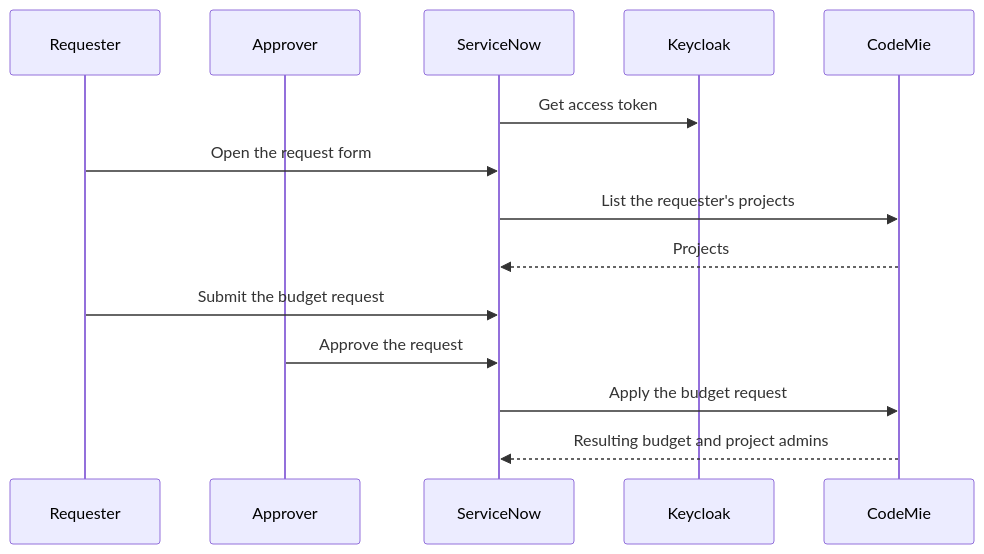
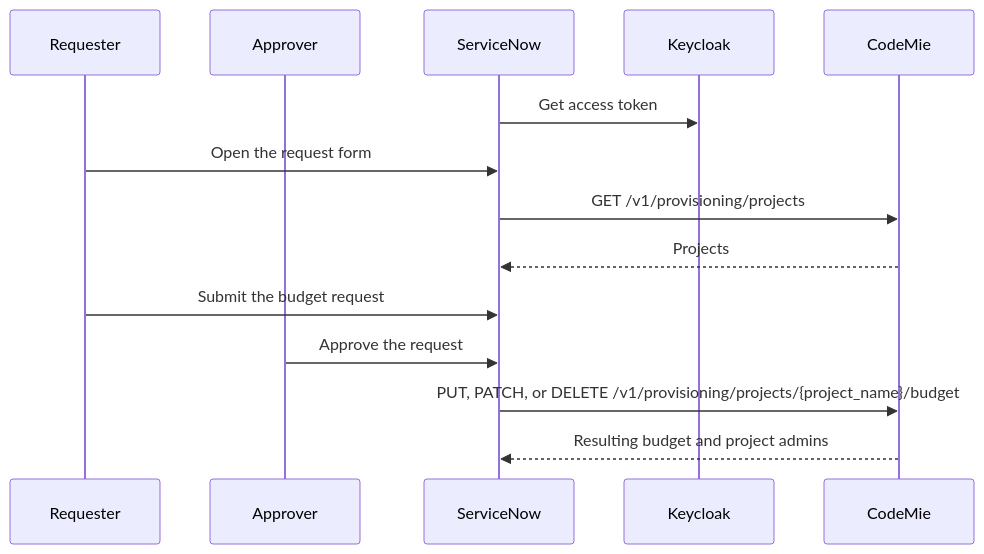
The diagram in docs/admin/configuration/codemie/servicenow-budget-integration.md (codemie-ai/docs), drawn with Mermaid before and after one commit. The commit also changed other lines of this file and 7 other files, not shown here.

````diff
--- a/docs/admin/configuration/codemie/servicenow-budget-integration.md
+++ b/docs/admin/configuration/codemie/servicenow-budget-integration.md
@@ -32,16 +34,16 @@
 ```mermaid
 sequenceDiagram
     participant R as Requester
     participant A as Approver
     participant SN as ServiceNow
     participant KC as Keycloak
     participant CM as CodeMie
     SN->>KC: Get access token
     R->>SN: Open the request form
-    SN->>CM: List the requester's projects
+    SN->>CM: GET /v1/provisioning/projects
     CM-->>SN: Projects
     R->>SN: Submit the budget request
     A->>SN: Approve the request
-    SN->>CM: Apply the budget request
+    SN->>CM: PUT, PATCH, or DELETE /v1/provisioning/projects/{project_name}/budget
     CM-->>SN: Resulting budget and project admins
 ```
````
